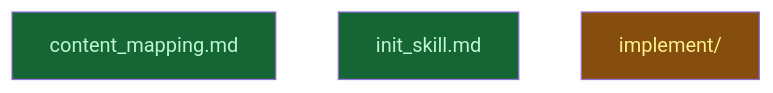
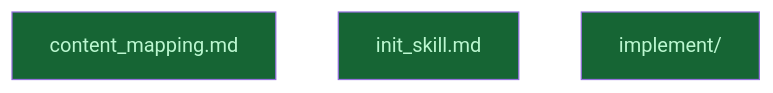
Before and after one commit to CrackingShells/cracking-shells-playbook: the diagram in __roadmap__/create-committing-changes-skill/README.md, drawn with Mermaid. The commit also changed other lines of this file and 8 other files, not shown here.

````diff
--- a/__roadmap__/create-committing-changes-skill/README.md
+++ b/__roadmap__/create-committing-changes-skill/README.md
@@ -33,11 +33,11 @@
 ```mermaid
 graph TD
     content_mapping[content_mapping.md]:::done
     init_skill[init_skill.md]:::done
-    implement[implement/]:::inprogress
+    implement[implement/]:::done
     classDef done fill:#166534,color:#bbf7d0
     classDef inprogress fill:#854d0e,color:#fef08a
     classDef planned fill:#374151,color:#e5e7eb
     classDef amendment fill:#1e3a5f,color:#bfdbfe
     classDef blocked fill:#7f1d1d,color:#fecaca
 ```
````
